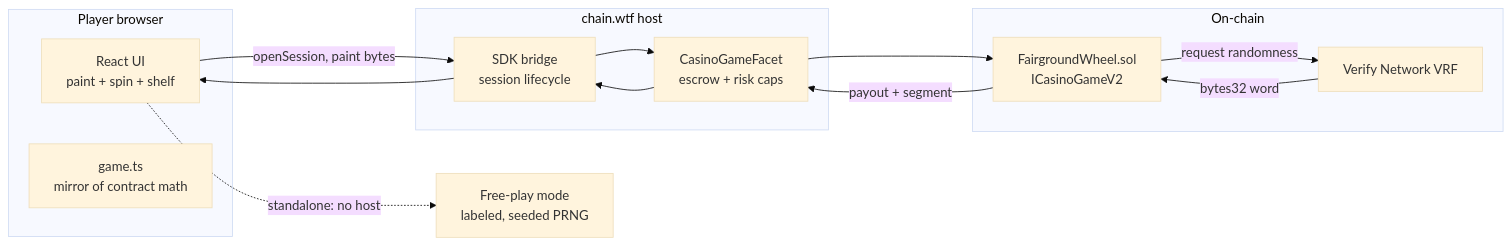
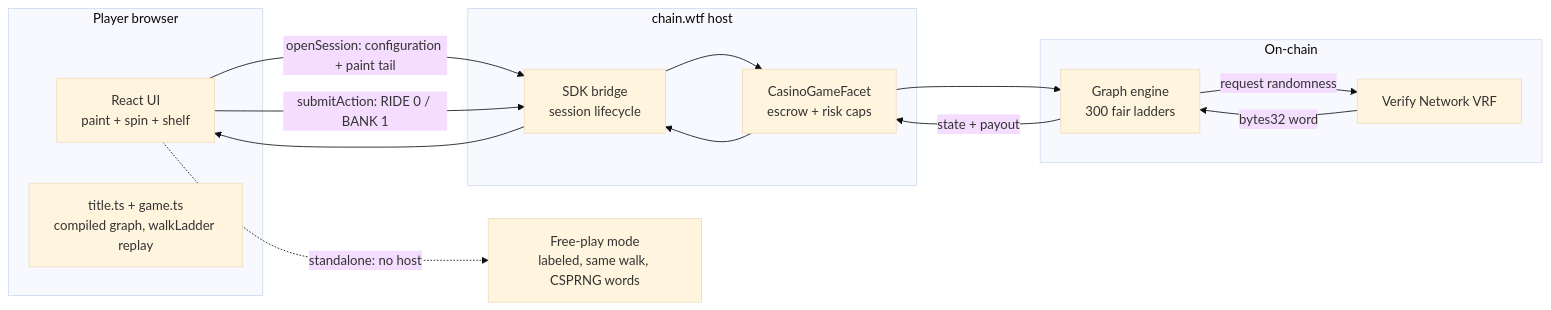
One commit to thesithunyein/fairground changed the diagram in README.md. Above: the diagram before and after it, drawn with Mermaid (base theme). The commit also changed other lines of this file and 20 other files, not shown here.

````diff
--- a/README.md
+++ b/README.md
@@ -73,21 +75,22 @@
 ```mermaid
 flowchart LR
     subgraph P["Player browser"]
         UI["React UI<br/>paint + spin + shelf"]
-        M["game.ts<br/>mirror of contract math"]
+        M["title.ts + game.ts<br/>compiled graph, walkLadder replay"]
     end
     subgraph H["chain.wtf host"]
         B["SDK bridge<br/>session lifecycle"]
         F["CasinoGameFacet<br/>escrow + risk caps"]
     end
     subgraph C["On-chain"]
-        G["FairgroundWheel.sol<br/>ICasinoGameV2"]
+        G["Graph engine<br/>300 fair ladders"]
         V["Verify Network VRF"]
     end
-    UI -->|openSession, paint bytes| B
+    UI -->|openSession: configuration + paint tail| B
+    UI -->|submitAction: RIDE 0 / BANK 1| B
     B --> F --> G
     G -->|request randomness| V
     V -->|bytes32 word| G
-    G -->|payout + segment| F --> B --> UI
-    UI -.->|standalone: no host| D["Free-play mode<br/>labeled, seeded PRNG"]
+    G -->|state + payout| F --> B --> UI
+    UI -.->|standalone: no host| D["Free-play mode<br/>labeled, same walk, CSPRNG words"]
 ```
````
